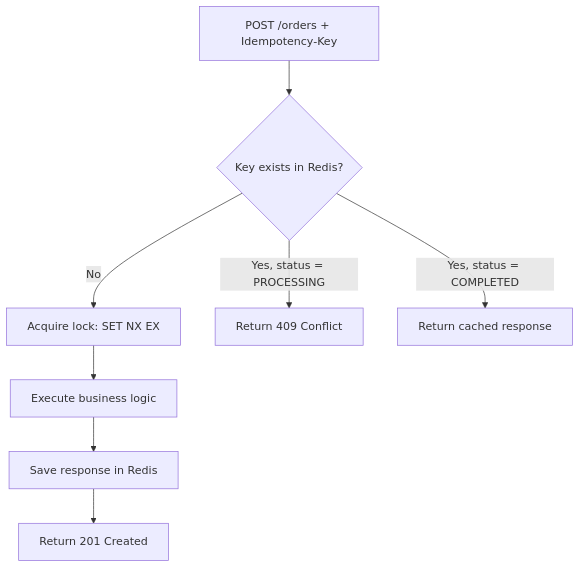
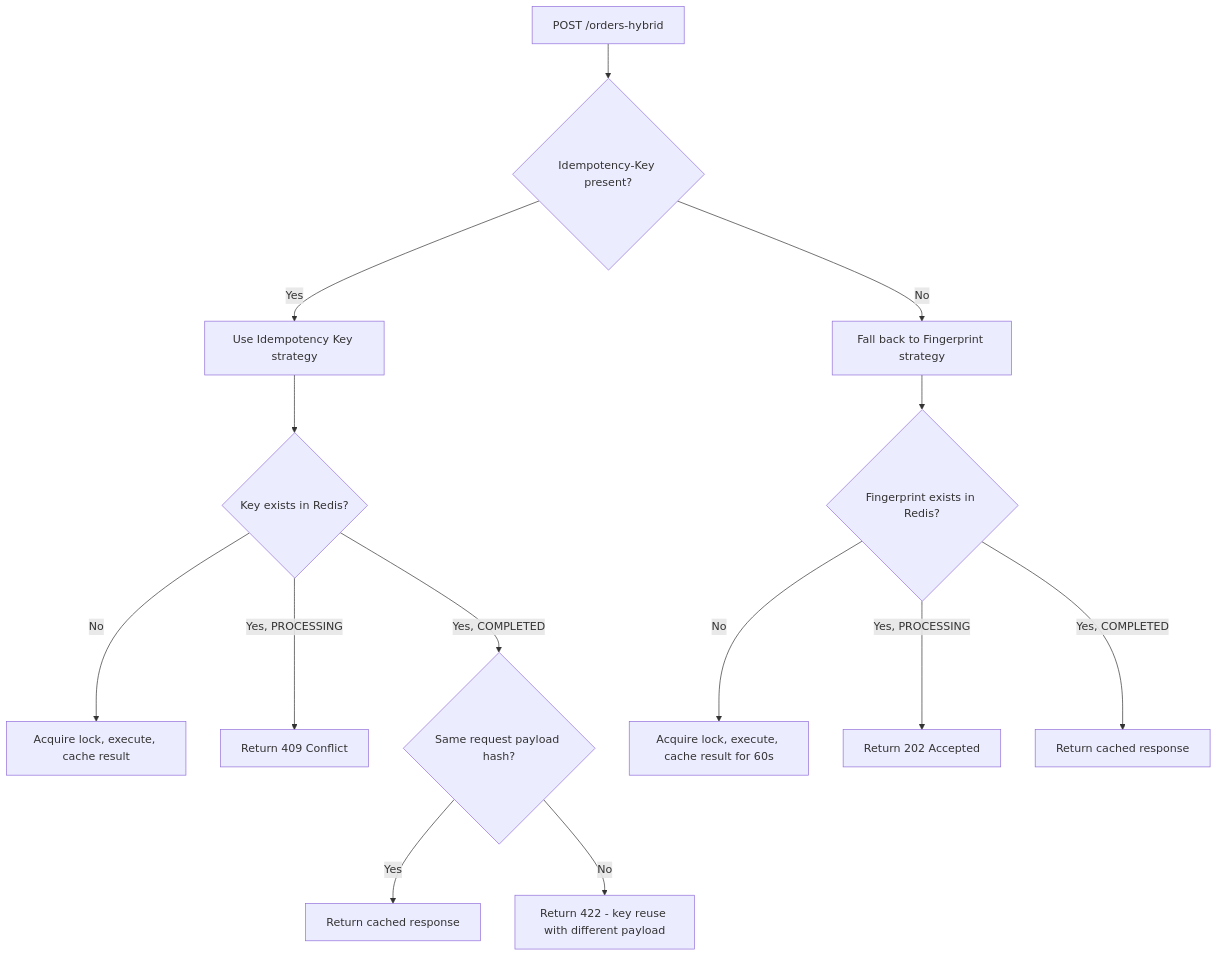
One commit to Moaz-ashraf1/idempotent-orders-api changed the diagram in README.md. Above: the diagram before and after it, drawn with Mermaid. The commit also changed other lines of this file, not shown here.

First line of the commit message:
docs: comprehensive README covering all three idempotency strategies

````diff
--- a/README.md
+++ b/README.md
@@ -29,11 +43,18 @@
 ```mermaid
 flowchart TD
-    A[POST /orders + Idempotency-Key] --> B{Key exists in Redis?}
-    B -- No --> C[Acquire lock: SET NX EX]
-    C --> D[Execute business logic]
-    D --> E[Save response in Redis]
-    E --> F[Return 201 Created]
+    A[POST /orders-hybrid] --> B{Idempotency-Key present?}
+    B -- Yes --> C[Use Idempotency Key strategy]
+    B -- No --> D[Fall back to Fingerprint strategy]
 
-    B -- Yes, status = PROCESSING --> G[Return 409 Conflict]
-    B -- Yes, status = COMPLETED --> H[Return cached response]
+    C --> E{Key exists in Redis?}
+    E -- No --> F[Acquire lock, execute, cache result]
+    E -- Yes, PROCESSING --> G[Return 409 Conflict]
+    E -- Yes, COMPLETED --> H{Same request payload hash?}
+    H -- Yes --> I[Return cached response]
+    H -- No --> J[Return 422 - key reuse with different payload]
+
+    D --> K{Fingerprint exists in Redis?}
+    K -- No --> L[Acquire lock, execute, cache result for 60s]
+    K -- Yes, PROCESSING --> M[Return 202 Accepted]
+    K -- Yes, COMPLETED --> N[Return cached response]
 ```
````
